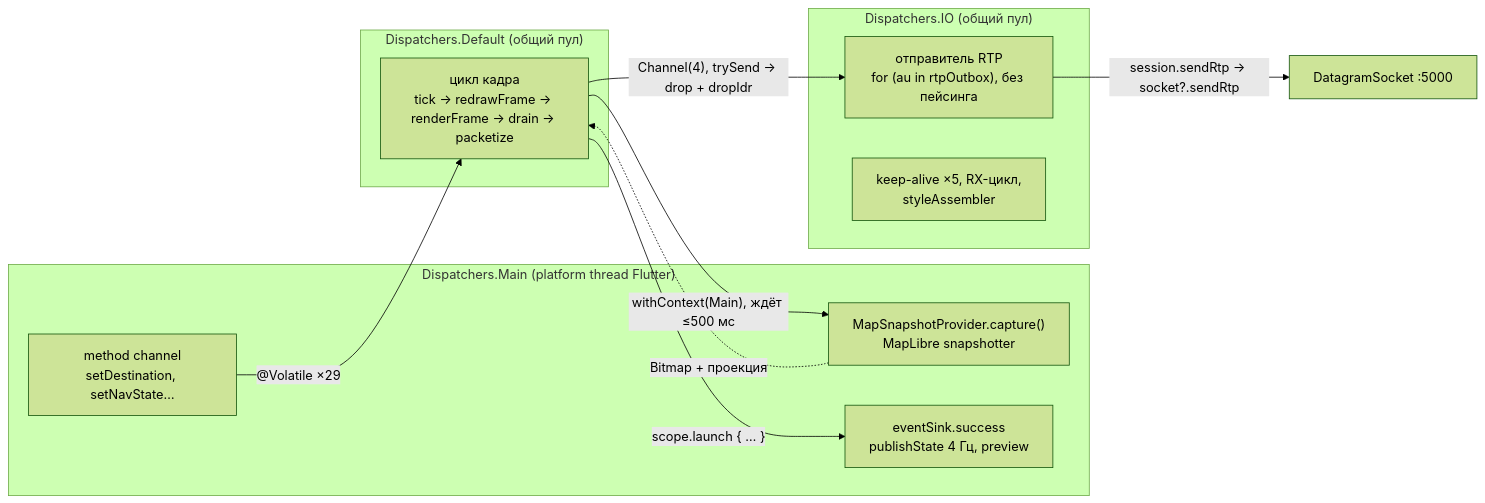
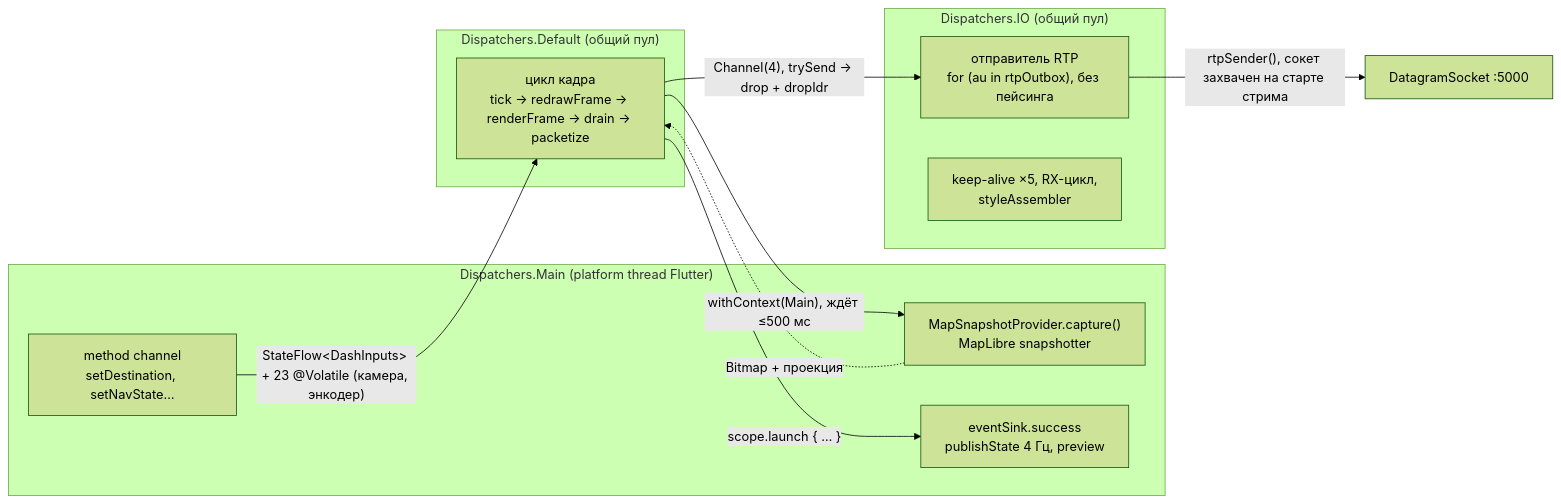
Before and after one commit to RPG-18/snatch-dash: the first of 3 diagrams in pipeline.md, drawn with Mermaid (forest theme). The commit also changed other lines of this file and 13 other files, not shown here.

````diff
--- a/pipeline.md
+++ b/pipeline.md
@@ -318,21 +448,21 @@
 ```mermaid
 flowchart LR
   subgraph main["Dispatchers.Main (platform thread Flutter)"]
     MC["method channel<br/>setDestination, setNavState…"]
     SNAP["MapSnapshotProvider.capture()<br/>MapLibre snapshotter"]
     SINK["eventSink.success<br/>publishState 4 Гц, preview"]
   end
   subgraph def["Dispatchers.Default (общий пул)"]
     LOOP["цикл кадра<br/>tick → redrawFrame → renderFrame → drain → packetize"]
   end
   subgraph io["Dispatchers.IO (общий пул)"]
     SEND["отправитель RTP<br/>for (au in rtpOutbox), без пейсинга"]
     KA["keep-alive ×5, RX-цикл,<br/>styleAssembler"]
   end
-  MC -- "@Volatile ×29" --> LOOP
+  MC -- "StateFlow&lt;DashInputs&gt; + 23 @Volatile (камера, энкодер)" --> LOOP
   LOOP -- "withContext(Main), ждёт ≤500 мс" --> SNAP
   SNAP -. "Bitmap + проекция" .-> LOOP
   LOOP -- "Channel(4), trySend → drop + dropIdr" --> SEND
   LOOP -- "scope.launch { … }" --> SINK
-  SEND -- "session.sendRtp → socket?.sendRtp" --> SOCK["DatagramSocket :5000"]
+  SEND -- "rtpSender(), сокет захвачен на старте стрима" --> SOCK["DatagramSocket :5000"]
 ```
````
